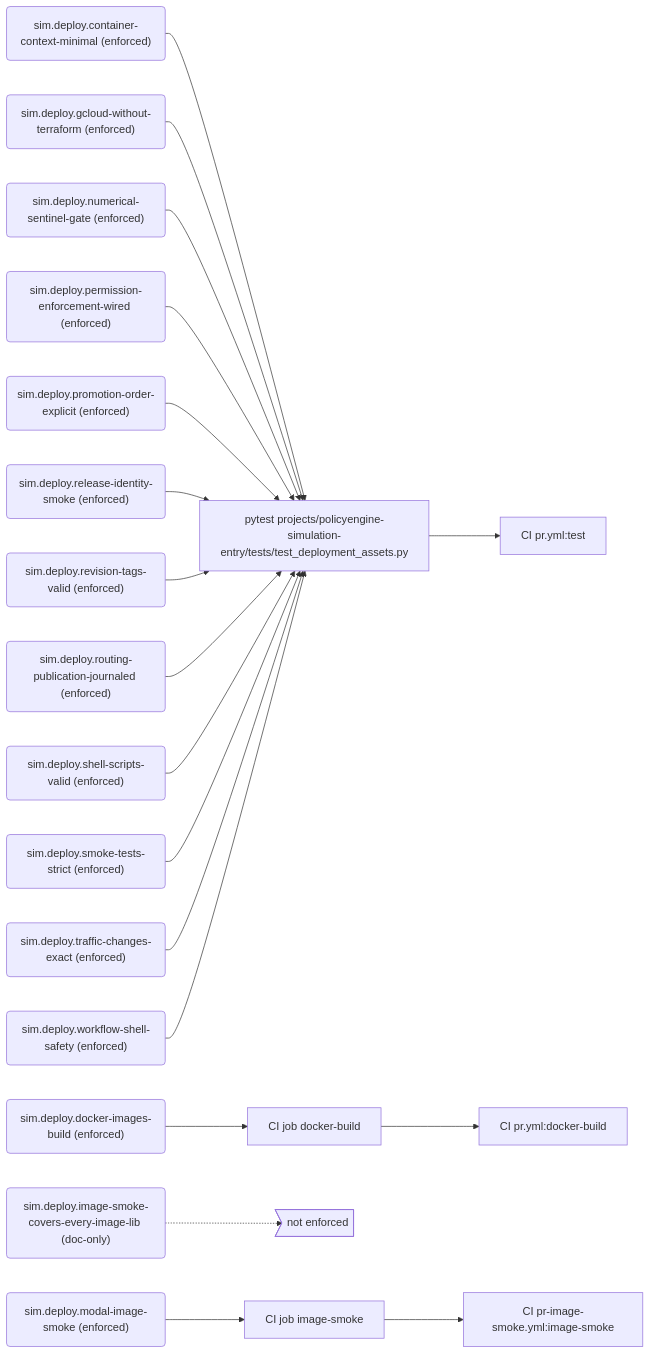
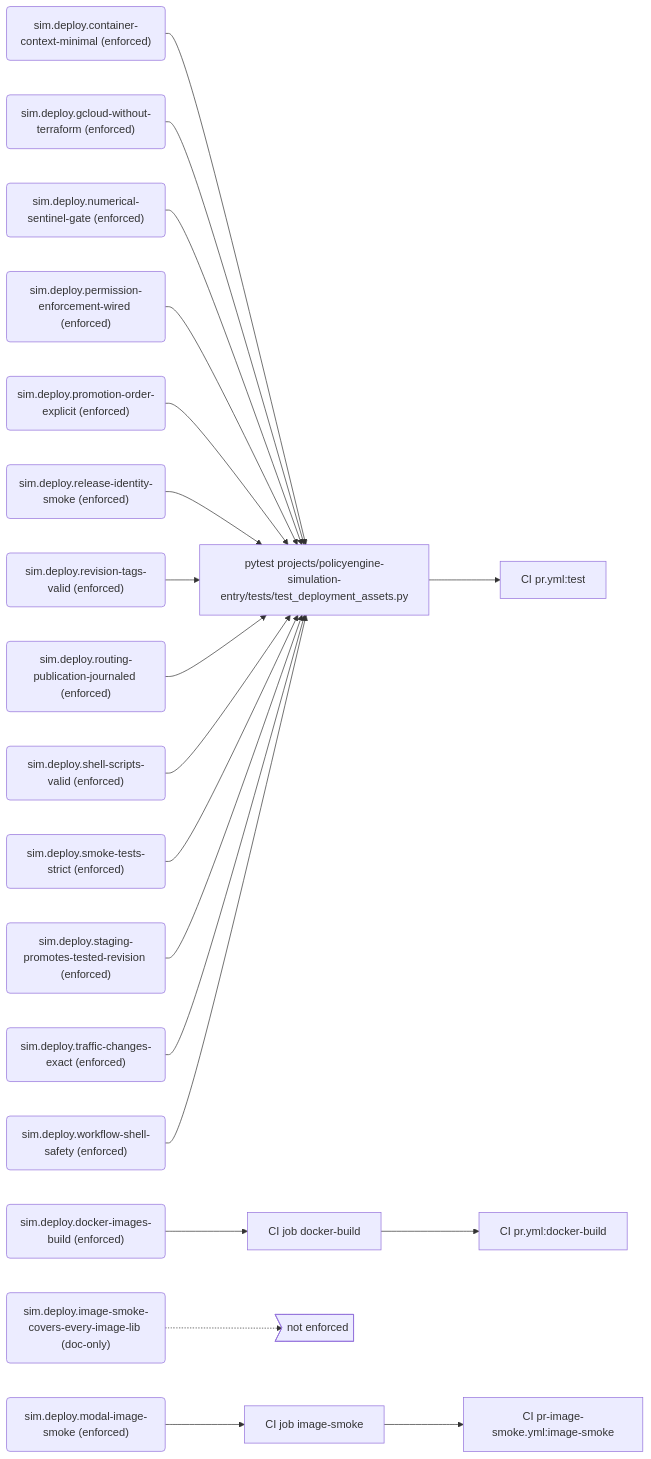
The third of 10 diagrams in docs/generated/rules.md (PolicyEngine/policyengine-sim-api), drawn with Mermaid before and after one commit. The commit also changed other lines of this file and 11 other files, not shown here.

First line of the commit message:
Promote each staging deployment's tested entrypoint revision

````diff
--- a/docs/generated/rules.md
+++ b/docs/generated/rules.md
@@ -161,43 +162,45 @@
 ```mermaid
 flowchart LR
   r_sim_deploy_container_context_minimal("sim.deploy.container-context-minimal (enforced)")
   e_pytest_projects_policyengine_simulation_entry_tests_test_deployment_assets_py["pytest projects/policyengine-simulation-entry/tests/test_deployment_assets.py"]
   j_CI_pr_yml_test["CI pr.yml:test"]
   r_sim_deploy_docker_images_build("sim.deploy.docker-images-build (enforced)")
   e_CI_job_docker_build["CI job docker-build"]
   j_CI_pr_yml_docker_build["CI pr.yml:docker-build"]
   r_sim_deploy_gcloud_without_terraform("sim.deploy.gcloud-without-terraform (enforced)")
   r_sim_deploy_image_smoke_covers_every_image_lib("sim.deploy.image-smoke-covers-every-image-lib (doc-only)")
   gap_unenforced>"not enforced"]
   r_sim_deploy_modal_image_smoke("sim.deploy.modal-image-smoke (enforced)")
   e_CI_job_image_smoke["CI job image-smoke"]
   j_CI_pr_image_smoke_yml_image_smoke["CI pr-image-smoke.yml:image-smoke"]
   r_sim_deploy_numerical_sentinel_gate("sim.deploy.numerical-sentinel-gate (enforced)")
   r_sim_deploy_permission_enforcement_wired("sim.deploy.permission-enforcement-wired (enforced)")
   r_sim_deploy_promotion_order_explicit("sim.deploy.promotion-order-explicit (enforced)")
   r_sim_deploy_release_identity_smoke("sim.deploy.release-identity-smoke (enforced)")
   r_sim_deploy_revision_tags_valid("sim.deploy.revision-tags-valid (enforced)")
   r_sim_deploy_routing_publication_journaled("sim.deploy.routing-publication-journaled (enforced)")
   r_sim_deploy_shell_scripts_valid("sim.deploy.shell-scripts-valid (enforced)")
   r_sim_deploy_smoke_tests_strict("sim.deploy.smoke-tests-strict (enforced)")
+  r_sim_deploy_staging_promotes_tested_revision("sim.deploy.staging-promotes-tested-revision (enforced)")
   r_sim_deploy_traffic_changes_exact("sim.deploy.traffic-changes-exact (enforced)")
   r_sim_deploy_workflow_shell_safety("sim.deploy.workflow-shell-safety (enforced)")
   r_sim_deploy_container_context_minimal --> e_pytest_projects_policyengine_simulation_entry_tests_test_deployment_assets_py
   e_pytest_projects_policyengine_simulation_entry_tests_test_deployment_assets_py --> j_CI_pr_yml_test
   r_sim_deploy_docker_images_build --> e_CI_job_docker_build
   e_CI_job_docker_build --> j_CI_pr_yml_docker_build
   r_sim_deploy_gcloud_without_terraform --> e_pytest_projects_policyengine_simulation_entry_tests_test_deployment_assets_py
   r_sim_deploy_image_smoke_covers_every_image_lib -.-> gap_unenforced
   r_sim_deploy_modal_image_smoke --> e_CI_job_image_smoke
   e_CI_job_image_smoke --> j_CI_pr_image_smoke_yml_image_smoke
   r_sim_deploy_numerical_sentinel_gate --> e_pytest_projects_policyengine_simulation_entry_tests_test_deployment_assets_py
   r_sim_deploy_permission_enforcement_wired --> e_pytest_projects_policyengine_simulation_entry_tests_test_deployment_assets_py
   r_sim_deploy_promotion_order_explicit --> e_pytest_projects_policyengine_simulation_entry_tests_test_deployment_assets_py
   r_sim_deploy_release_identity_smoke --> e_pytest_projects_policyengine_simulation_entry_tests_test_deployment_assets_py
   r_sim_deploy_revision_tags_valid --> e_pytest_projects_policyengine_simulation_entry_tests_test_deployment_assets_py
   r_sim_deploy_routing_publication_journaled --> e_pytest_projects_policyengine_simulation_entry_tests_test_deployment_assets_py
   r_sim_deploy_shell_scripts_valid --> e_pytest_projects_policyengine_simulation_entry_tests_test_deployment_assets_py
   r_sim_deploy_smoke_tests_strict --> e_pytest_projects_policyengine_simulation_entry_tests_test_deployment_assets_py
+  r_sim_deploy_staging_promotes_tested_revision --> e_pytest_projects_policyengine_simulation_entry_tests_test_deployment_assets_py
   r_sim_deploy_traffic_changes_exact --> e_pytest_projects_policyengine_simulation_entry_tests_test_deployment_assets_py
   r_sim_deploy_workflow_shell_safety --> e_pytest_projects_policyengine_simulation_entry_tests_test_deployment_assets_py
 ```
````
